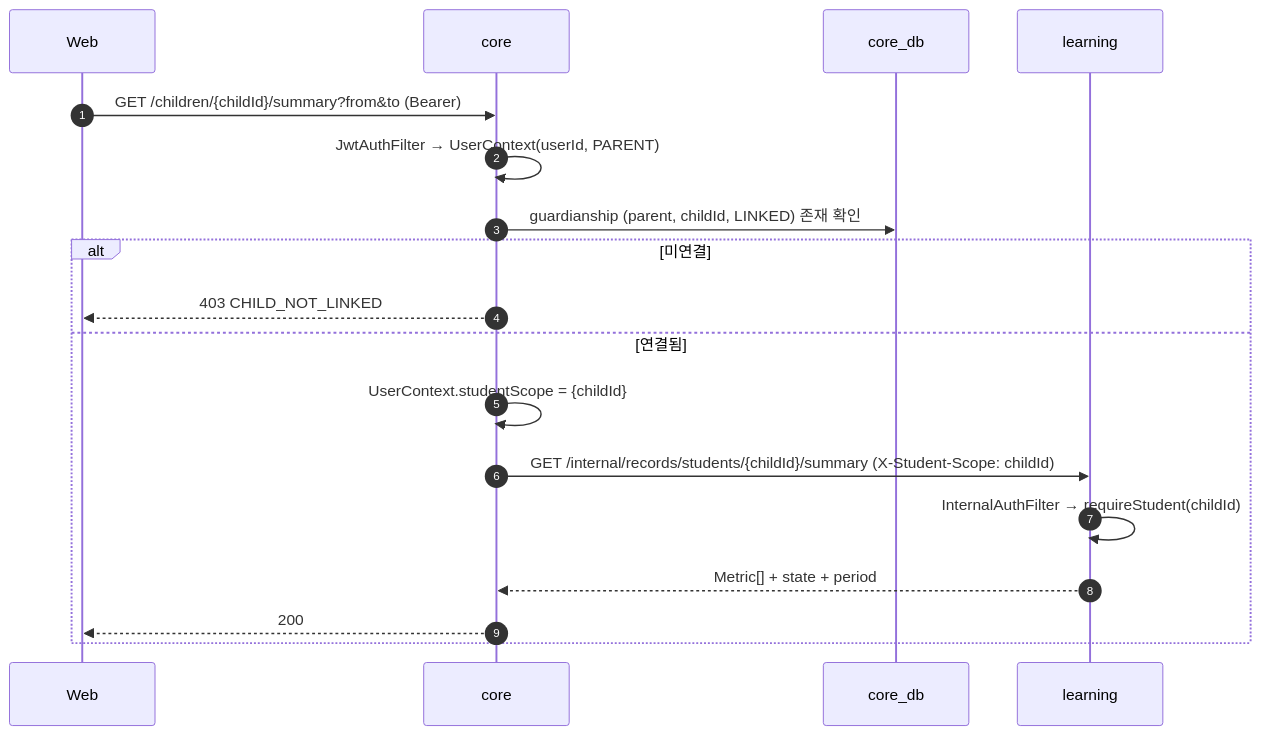
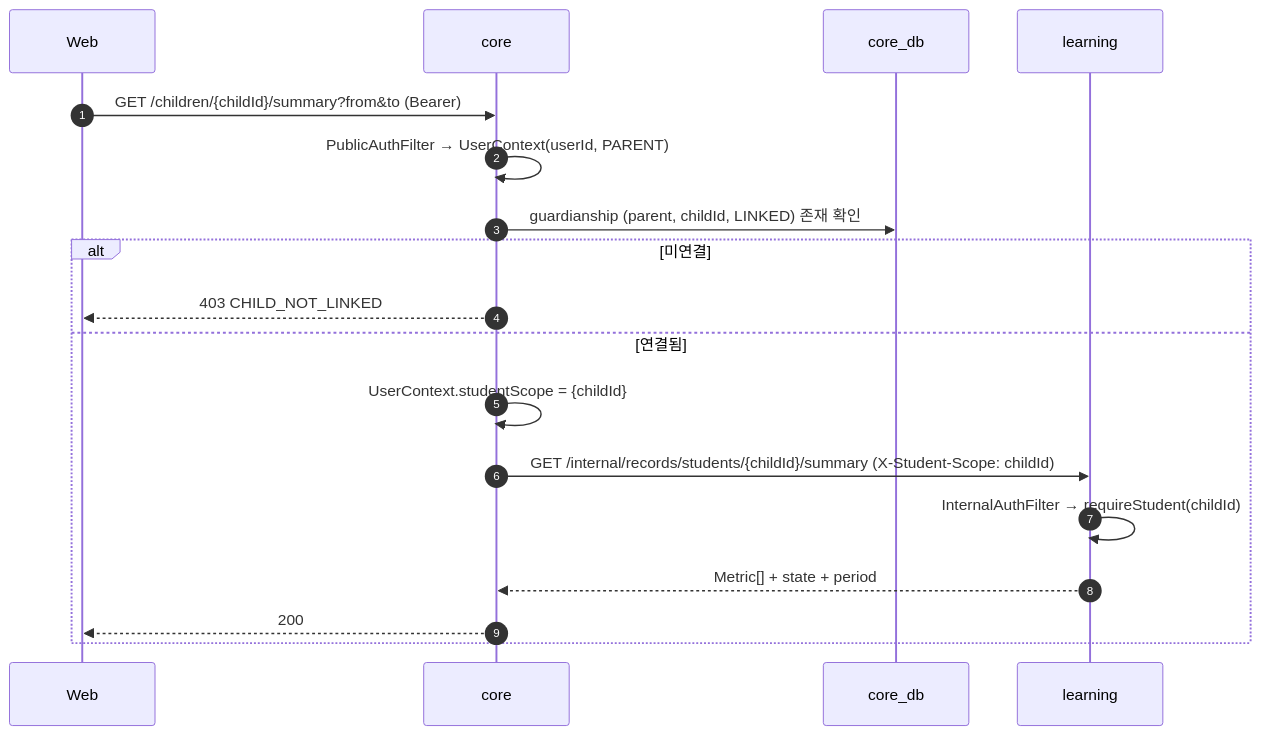
One commit to SKNETWORKS-FAMILY-AICAMP/SKN34-FINAL-3TEAM changed the sixth of 21 diagrams in docs/design/sequence-diagram.md. Above: the diagram before and after it, drawn with Mermaid. The commit also changed other lines of this file and 9 other files, not shown here.

````diff
--- a/docs/design/sequence-diagram.md
+++ b/docs/design/sequence-diagram.md
@@ -176,21 +202,21 @@
 ```mermaid
 sequenceDiagram
   autonumber
   participant W as Web
   participant C as core
   participant DB as core_db
   participant L as learning
 
   W->>C: GET /children/{childId}/summary?from&to (Bearer)
-  C->>C: JwtAuthFilter → UserContext(userId, PARENT)
+  C->>C: PublicAuthFilter → UserContext(userId, PARENT)
   C->>DB: guardianship (parent, childId, LINKED) 존재 확인
   alt 미연결
     C-->>W: 403 CHILD_NOT_LINKED
   else 연결됨
     C->>C: UserContext.studentScope = {childId}
     C->>L: GET /internal/records/students/{childId}/summary (X-Student-Scope: childId)
     L->>L: InternalAuthFilter → requireStudent(childId)
     L-->>C: Metric[] + state + period
     C-->>W: 200
   end
 ```
````
